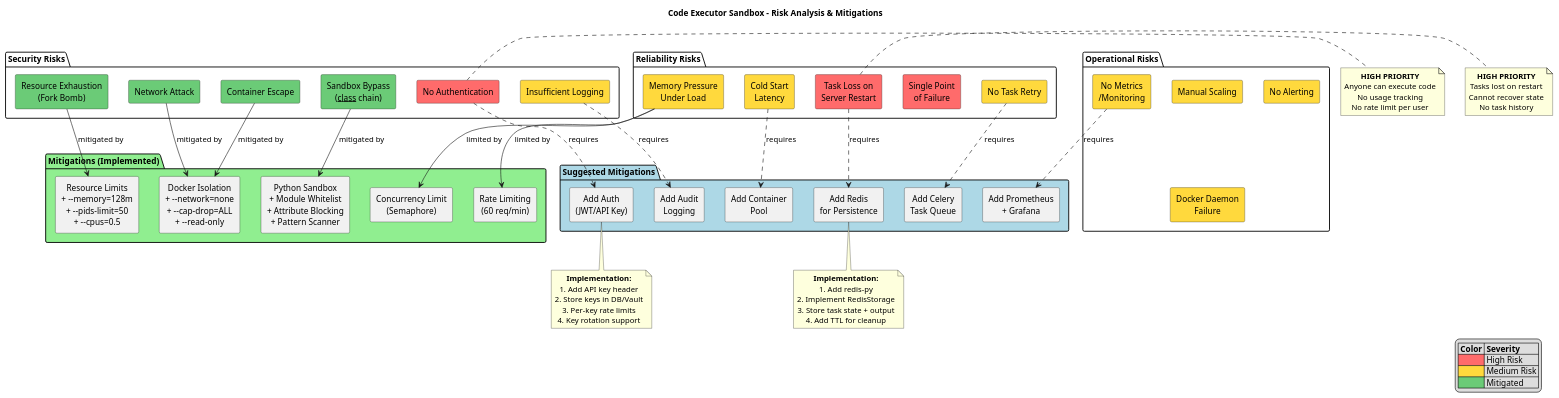
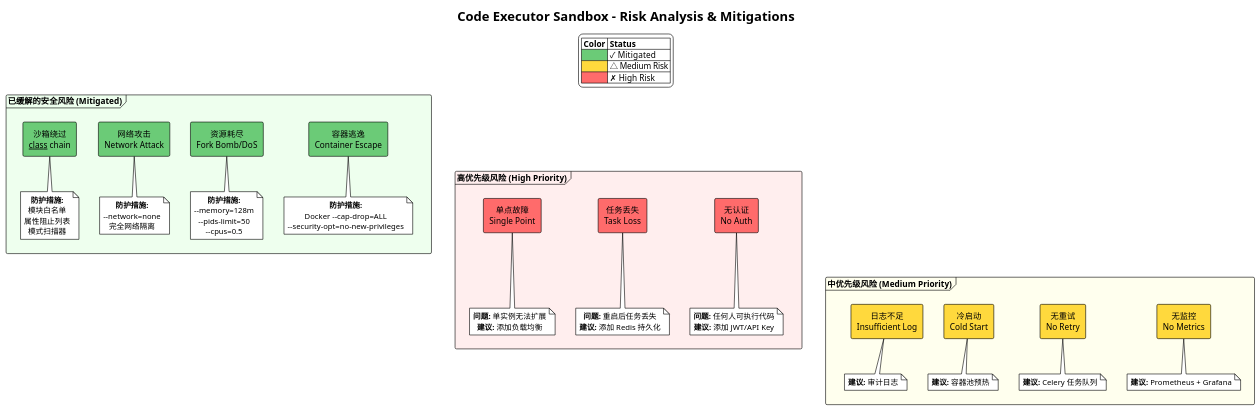
Before and after one commit to huangyingw/rayai-code-sandbox: the diagram in docs/risk_analysis.puml, drawn with PlantUML. The commit also changed 2 other files, not shown here.

Commit message:
docs: optimize PlantUML diagram layouts
- improvements.puml: change to vertical layout with clear sections
- production_architecture.puml: remove Secrets component for clarity
- risk_analysis.puml: reorganize by risk level with Chinese labels

```diff
--- a/docs/risk_analysis.puml
+++ b/docs/risk_analysis.puml
@@ -1,108 +1,115 @@
 @startuml risk_analysis
+!theme plain
 title Code Executor Sandbox - Risk Analysis & Mitigations
 
 skinparam componentStyle rectangle
 skinparam defaultTextAlignment center
+skinparam packageStyle frame
 
-' Legend
-legend right
-  |= Color |= Severity |
-  | <#FF6B6B> | High Risk |
-  | <#FFD93D> | Medium Risk |
-  | <#6BCB77> | Mitigated |
+' ==================== LEGEND ====================
+legend top
+  |= Color |= Status |
+  | <#6BCB77> | ✓ Mitigated |
+  | <#FFD93D> | △ Medium Risk |
+  | <#FF6B6B> | ✗ High Risk |
 endlegend
 
-' ==================== SECURITY RISKS ====================
-package "Security Risks" as sec_risks {
-    component "Container Escape" as escape #6BCB77
-    component "Resource Exhaustion\n(Fork Bomb)" as dos #6BCB77
-    component "Network Attack" as network #6BCB77
-    component "Sandbox Bypass\n(__class__ chain)" as sandbox_bypass #6BCB77
-    component "No Authentication" as no_auth #FF6B6B
-    component "Insufficient Logging" as no_log #FFD93D
+' ==================== SECTION 1: MITIGATED RISKS ====================
+package "已缓解的安全风险 (Mitigated)" as mitigated_pkg #EEFFEE {
+
+    rectangle "容器逃逸\nContainer Escape" as r1 #6BCB77 {
+    }
+    rectangle "资源耗尽\nFork Bomb/DoS" as r2 #6BCB77 {
+    }
+    rectangle "网络攻击\nNetwork Attack" as r3 #6BCB77 {
+    }
+    rectangle "沙箱绕过\n__class__ chain" as r4 #6BCB77 {
+    }
+
+    note bottom of r1
+      **防护措施:**
+      Docker --cap-drop=ALL
+      --security-opt=no-new-privileges
+    end note
+
+    note bottom of r2
+      **防护措施:**
+      --memory=128m
+      --pids-limit=50
+      --cpus=0.5
+    end note
+
+    note bottom of r3
+      **防护措施:**
+      --network=none
+      完全网络隔离
+    end note
+
+    note bottom of r4
+      **防护措施:**
+      模块白名单
+      属性阻止列表
+      模式扫描器
+    end note
 }
 
-' ==================== RELIABILITY RISKS ====================
-package "Reliability Risks" as rel_risks {
-    component "Task Loss on\nServer Restart" as task_loss #FF6B6B
-    component "Single Point\nof Failure" as spof #FF6B6B
-    component "No Task Retry" as no_retry #FFD93D
-    component "Cold Start\nLatency" as cold_start #FFD93D
-    component "Memory Pressure\nUnder Load" as memory #FFD93D
+' ==================== SECTION 2: HIGH RISKS ====================
+package "高优先级风险 (High Priority)" as high_pkg #FFEEEE {
+
+    rectangle "无认证\nNo Auth" as h1 #FF6B6B {
+    }
+    rectangle "任务丢失\nTask Loss" as h2 #FF6B6B {
+    }
+    rectangle "单点故障\nSingle Point" as h3 #FF6B6B {
+    }
+
+    note bottom of h1
+      **问题:** 任何人可执行代码
+      **建议:** 添加 JWT/API Key
+    end note
+
+    note bottom of h2
+      **问题:** 重启后任务丢失
+      **建议:** 添加 Redis 持久化
+    end note
+
+    note bottom of h3
+      **问题:** 单实例无法扩展
+      **建议:** 添加负载均衡
+    end note
 }
 
-' ==================== OPERATIONAL RISKS ====================
-package "Operational Risks" as ops_risks {
-    component "No Metrics\n/Monitoring" as no_metrics #FFD93D
-    component "Manual Scaling" as manual_scale #FFD93D
-    component "No Alerting" as no_alert #FFD93D
-    component "Docker Daemon\nFailure" as docker_fail #FFD93D
+' ==================== SECTION 3: MEDIUM RISKS ====================
+package "中优先级风险 (Medium Priority)" as medium_pkg #FFFFEE {
+
+    rectangle "无监控\nNo Metrics" as m1 #FFD93D {
+    }
+    rectangle "无重试\nNo Retry" as m2 #FFD93D {
+    }
+    rectangle "冷启动\nCold Start" as m3 #FFD93D {
+    }
+    rectangle "日志不足\nInsufficient Log" as m4 #FFD93D {
+    }
+
+    note bottom of m1
+      **建议:** Prometheus + Grafana
+    end note
+
+    note bottom of m2
+      **建议:** Celery 任务队列
+    end note
+
+    note bottom of m3
+      **建议:** 容器池预热
+    end note
+
+    note bottom of m4
+      **建议:** 审计日志
+    end note
 }
 
-' ==================== MITIGATIONS (IMPLEMENTED) ====================
-package "Mitigations (Implemented)" as mitigations #LightGreen {
-    component "Docker Isolation\n+ --network=none\n+ --cap-drop=ALL\n+ --read-only" as docker_mitigation
-    component "Resource Limits\n+ --memory=128m\n+ --pids-limit=50\n+ --cpus=0.5" as resource_mitigation
-    component "Python Sandbox\n+ Module Whitelist\n+ Attribute Blocking\n+ Pattern Scanner" as python_mitigation
-    component "Concurrency Limit\n(Semaphore)" as concurrency_mitigation
-    component "Rate Limiting\n(60 req/min)" as rate_mitigation
-}
-
-' ==================== SUGGESTED MITIGATIONS ====================
-package "Suggested Mitigations" as suggested #LightBlue {
-    component "Add Redis\nfor Persistence" as add_redis
-    component "Add Auth\n(JWT/API Key)" as add_auth
-    component "Add Prometheus\n+ Grafana" as add_monitoring
-    component "Add Celery\nTask Queue" as add_queue
-    component "Add Container\nPool" as add_pool
-    component "Add Audit\nLogging" as add_audit
-}
-
-' ==================== RELATIONSHIPS ====================
-escape --> docker_mitigation : mitigated by
-dos --> resource_mitigation : mitigated by
-network --> docker_mitigation : mitigated by
-sandbox_bypass --> python_mitigation : mitigated by
-
-no_auth ..> add_auth : requires
-task_loss ..> add_redis : requires
-no_metrics ..> add_monitoring : requires
-no_retry ..> add_queue : requires
-cold_start ..> add_pool : requires
-no_log ..> add_audit : requires
-
-memory --> concurrency_mitigation : limited by
-memory --> rate_mitigation : limited by
-
-' ==================== PRIORITY NOTES ====================
-note right of no_auth
-  **HIGH PRIORITY**
-  Anyone can execute code
-  No usage tracking
-  No rate limit per user
-end note
-
-note right of task_loss
-  **HIGH PRIORITY**
-  Tasks lost on restart
-  Cannot recover state
-  No task history
-end note
-
-note bottom of add_redis
-  **Implementation:**
-  1. Add redis-py
-  2. Implement RedisStorage
-  3. Store task state + output
-  4. Add TTL for cleanup
-end note
-
-note bottom of add_auth
-  **Implementation:**
-  1. Add API key header
-  2. Store keys in DB/Vault
-  3. Per-key rate limits
-  4. Key rotation support
-end note
+' ==================== LAYOUT ====================
+mitigated_pkg -[hidden]down-> high_pkg
+high_pkg -[hidden]down-> medium_pkg
 
 @enduml
```
